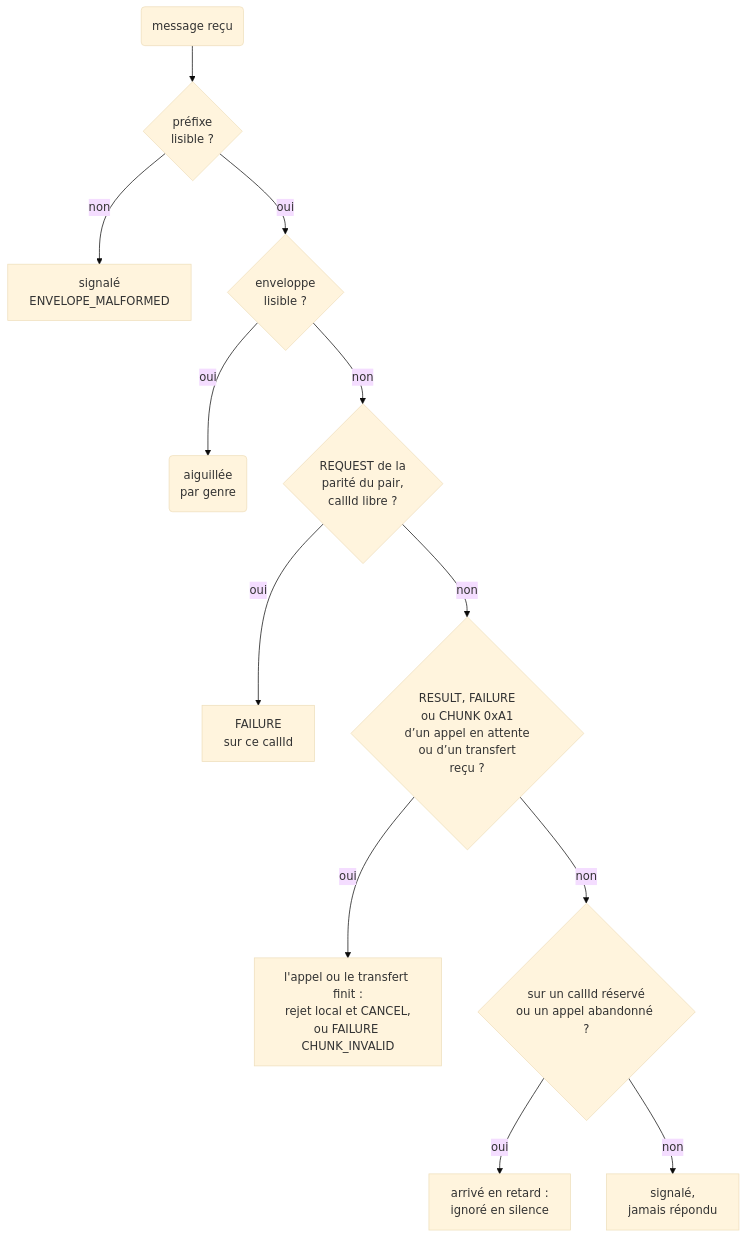
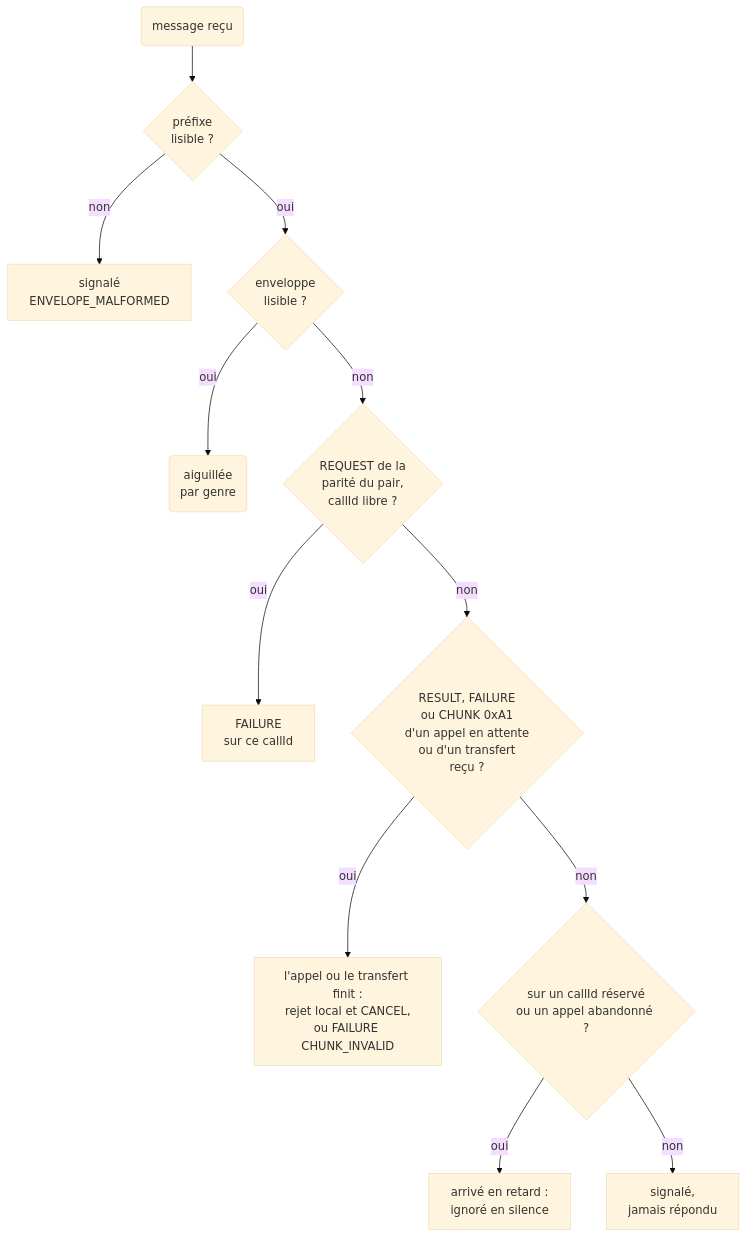
One commit to francisdesjardins/bead changed the diagram in site/diagrams/fr/gate.mmd. Above: the diagram before and after it, drawn with Mermaid (base theme). The commit also changed 14 other files, not shown here.

```diff
--- a/site/diagrams/fr/gate.mmd
+++ b/site/diagrams/fr/gate.mmd
@@ -1,12 +1,12 @@
 flowchart TD
   rx("message reçu") --> pre{"préfixe<br/>lisible ?"}
   pre -- non --> rep1["signalé<br/>ENVELOPE_MALFORMED"]
   pre -- oui --> rd{"enveloppe<br/>lisible ?"}
   rd -- oui --> ok("aiguillée<br/>par genre")
   rd -- non --> gate{"REQUEST de la<br/>parité du pair,<br/>callId libre ?"}
   gate -- oui --> ans["FAILURE<br/>sur ce callId"]
-  gate -- non --> set{"RESULT, FAILURE<br/>ou CHUNK 0xA1<br/>d’un appel en attente<br/>ou d’un transfert<br/>reçu ?"}
+  gate -- non --> set{"RESULT, FAILURE<br/>ou CHUNK 0xA1<br/>d'un appel en attente<br/>ou d'un transfert<br/>reçu ?"}
   set -- oui --> loc["l'appel ou le transfert finit :<br/>rejet local et CANCEL,<br/>ou FAILURE CHUNK_INVALID"]
   set -- non --> late{"sur un callId réservé<br/>ou un appel abandonné ?"}
   late -- oui --> quiet["arrivé en retard :<br/>ignoré en silence"]
   late -- non --> rep2["signalé,<br/>jamais répondu"]
```
